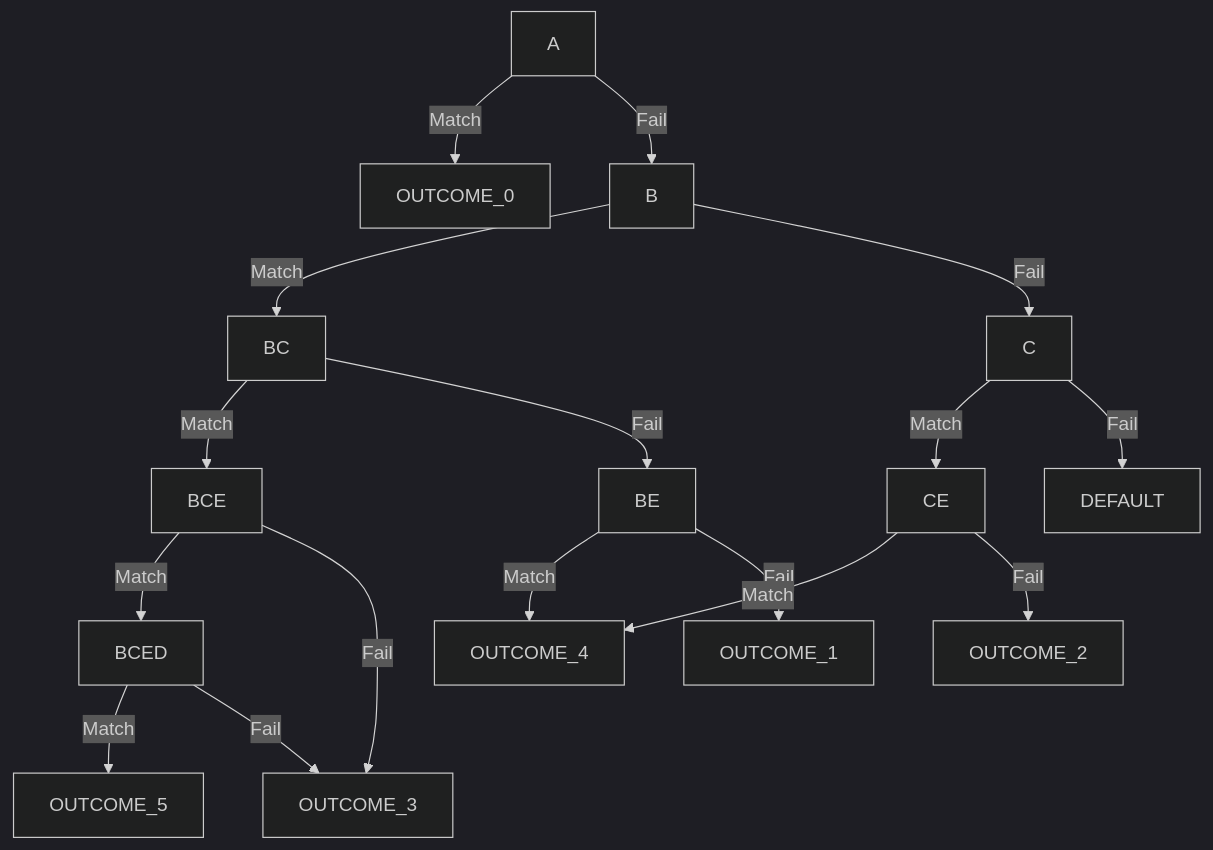
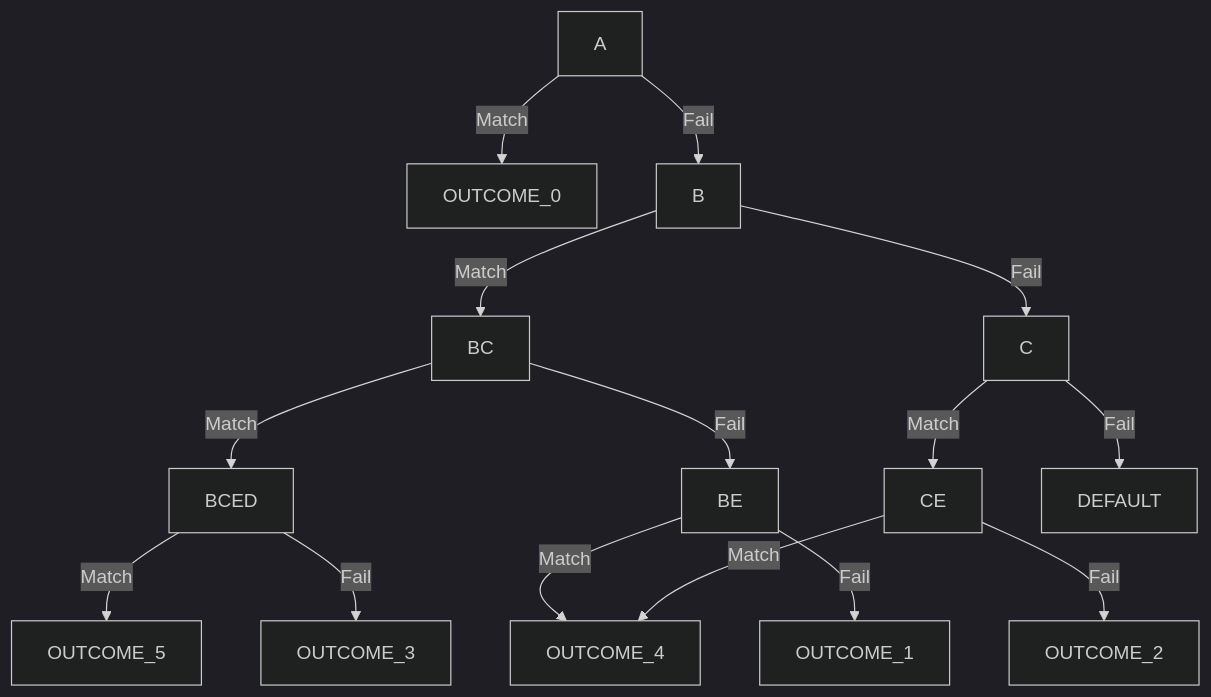
Before and after one commit to GangemiLorenzo/Goak: the diagram in example/tree.md, drawn with Mermaid (dark theme). The commit also changed 8 other files, not shown here.

````diff
--- a/example/tree.md
+++ b/example/tree.md
@@ -1,19 +1,17 @@
 ```mermaid
 graph TD
 A-->|Match|OUTCOME_0;
 A-->|Fail|B;
 B-->|Match|BC;
-BC-->|Match|BCE;
-BCE-->|Match|BCED;
+BC-->|Match|BCED;
 BCED-->|Match|OUTCOME_5;
 BCED-->|Fail|OUTCOME_3;
-BCE-->|Fail|OUTCOME_3;
 BC-->|Fail|BE;
 BE-->|Match|OUTCOME_4;
 BE-->|Fail|OUTCOME_1;
 B-->|Fail|C;
 C-->|Match|CE;
 CE-->|Match|OUTCOME_4;
 CE-->|Fail|OUTCOME_2;
 C-->|Fail|DEFAULT;
 ```
````
